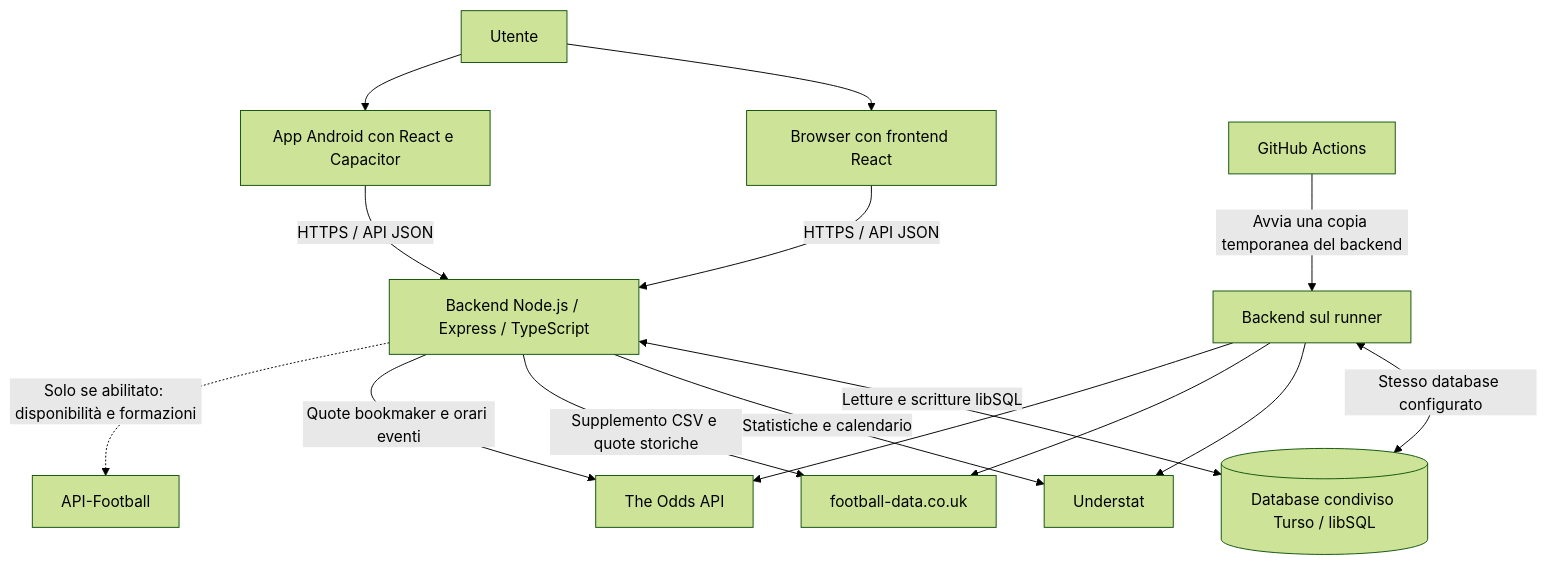
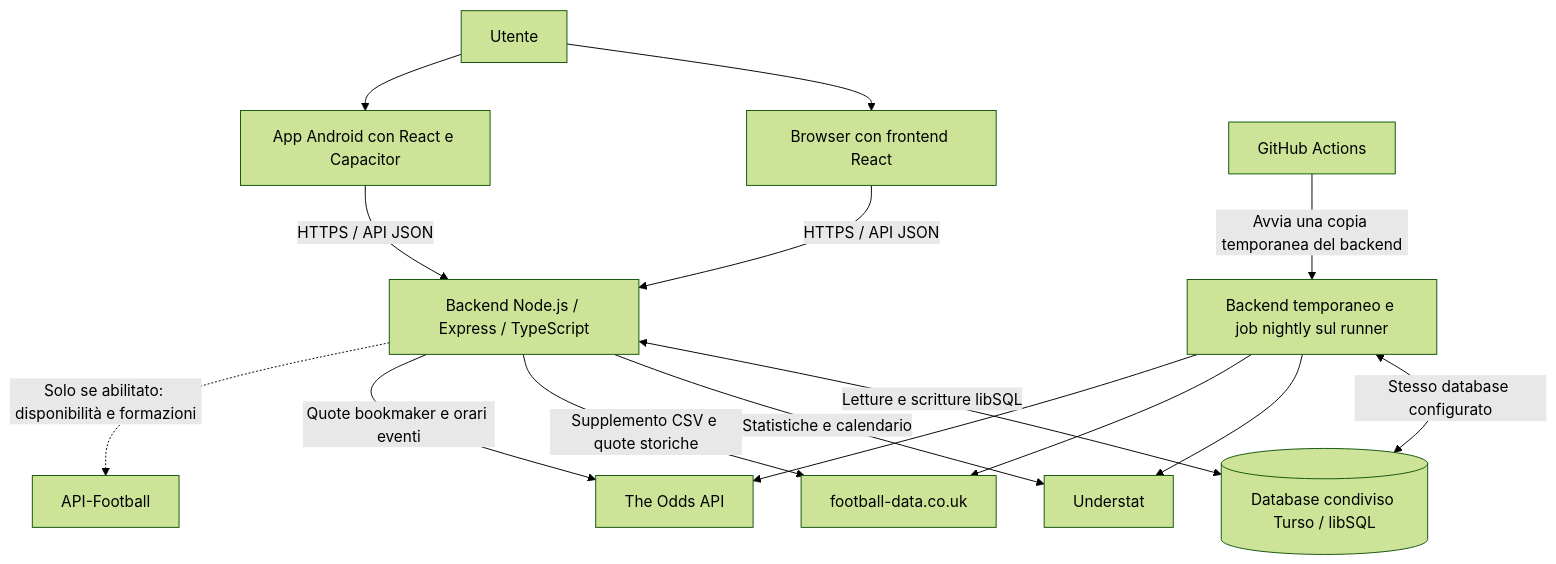
Before and after one commit to Ivandragon003/scommeseSportive: the first of 4 diagrams in docs/SYSTEM-DESIGN.md, drawn with Mermaid (forest theme). The commit also changed other lines of this file and 9 other files, not shown here.

````diff
--- a/docs/SYSTEM-DESIGN.md
+++ b/docs/SYSTEM-DESIGN.md
@@ -68,17 +39,17 @@
 ```mermaid
 flowchart TB
     U[Utente] --> W[Browser con frontend React]
     U --> A[App Android con React e Capacitor]
     W -->|HTTPS / API JSON| B[Backend Node.js / Express / TypeScript]
     A -->|HTTPS / API JSON| B
     B <-->|Letture e scritture libSQL| D[(Database condiviso Turso / libSQL)]
     B -->|Statistiche e calendario| US[Understat]
     B -->|Supplemento CSV e quote storiche| FD[football-data.co.uk]
     B -->|Quote bookmaker e orari eventi| O[The Odds API]
     B -.->|Solo se abilitato: disponibilità e formazioni| AF[API-Football]
-    G[GitHub Actions] -->|Avvia una copia temporanea del backend| T[Backend sul runner]
+    G[GitHub Actions] -->|Avvia una copia temporanea del backend| T[Backend temporaneo e job nightly sul runner]
     T <-->|Stesso database configurato| D
     T --> US
     T --> FD
     T --> O
 ```
````
